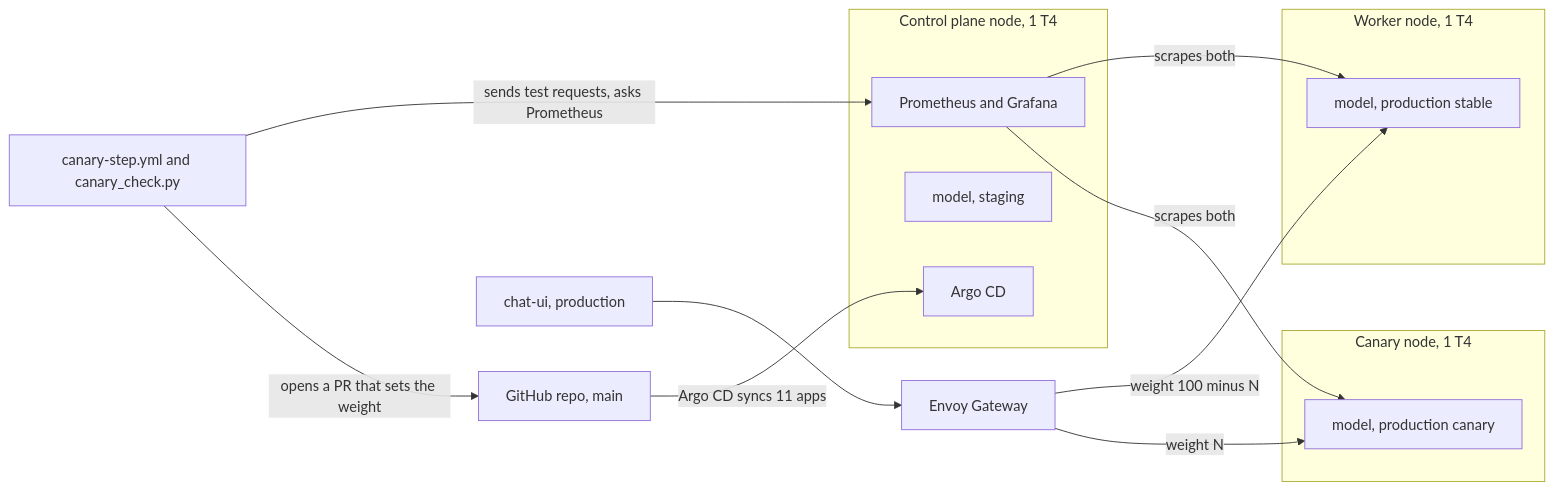
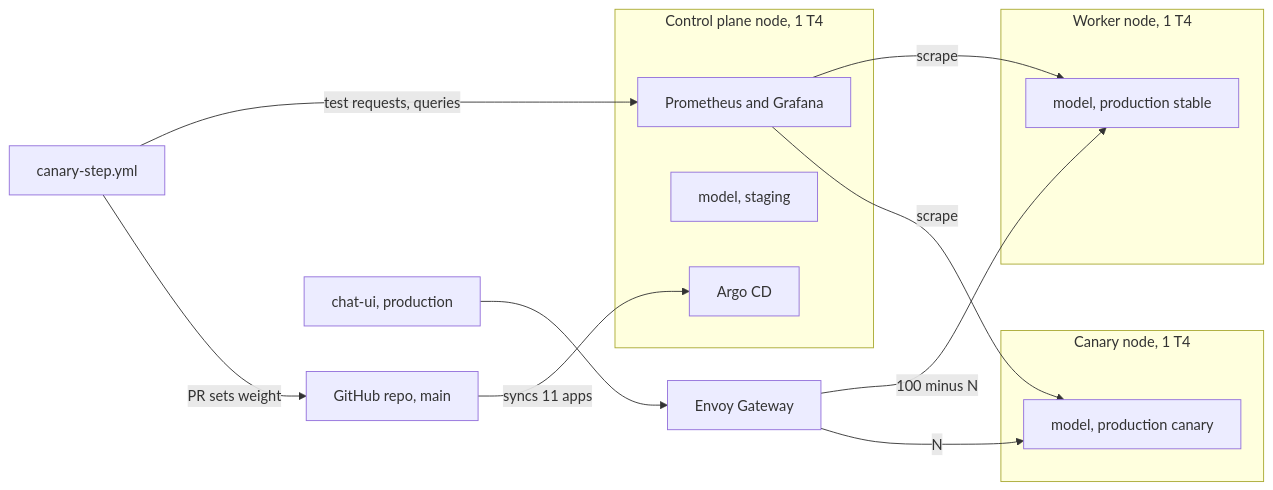
One commit to henrysolomon-devops/ai-model-serving-platform changed the diagram in docs/v4-production-serving.md. Above: the diagram before and after it, drawn with Mermaid. The commit also changed other lines of this file, not shown here.

Commit message:
Add captions above v4 screenshots and shorten diagram labels

````diff
--- a/docs/v4-production-serving.md
+++ b/docs/v4-production-serving.md
@@ -27,27 +27,27 @@
 ```mermaid
 flowchart LR
-    git["GitHub repo, main"] -->|"Argo CD syncs 11 apps"| argo["Argo CD"]
+    git["GitHub repo, main"] -->|"syncs 11 apps"| argo["Argo CD"]
 
     subgraph cp["Control plane node, 1 T4"]
         stgmodel["model, staging"]
         argo
         mon["Prometheus and Grafana"]
     end
 
     subgraph wk["Worker node, 1 T4"]
         stable["model, production stable"]
     end
 
     subgraph cn["Canary node, 1 T4"]
         canary["model, production canary"]
     end
 
     chat["chat-ui, production"] --> gw["Envoy Gateway"]
-    gw -->|"weight 100 minus N"| stable
-    gw -->|"weight N"| canary
+    gw -->|"100 minus N"| stable
+    gw -->|"N"| canary
 
-    mon -->|"scrapes both"| stable
-    mon -->|"scrapes both"| canary
-    check["canary-step.yml and canary_check.py"] -->|"sends test requests, asks Prometheus"| mon
-    check -->|"opens a PR that sets the weight"| git
+    mon -->|"scrape"| stable
+    mon -->|"scrape"| canary
+    check["canary-step.yml"] -->|"test requests, queries"| mon
+    check -->|"PR sets weight"| git
 ```
````
